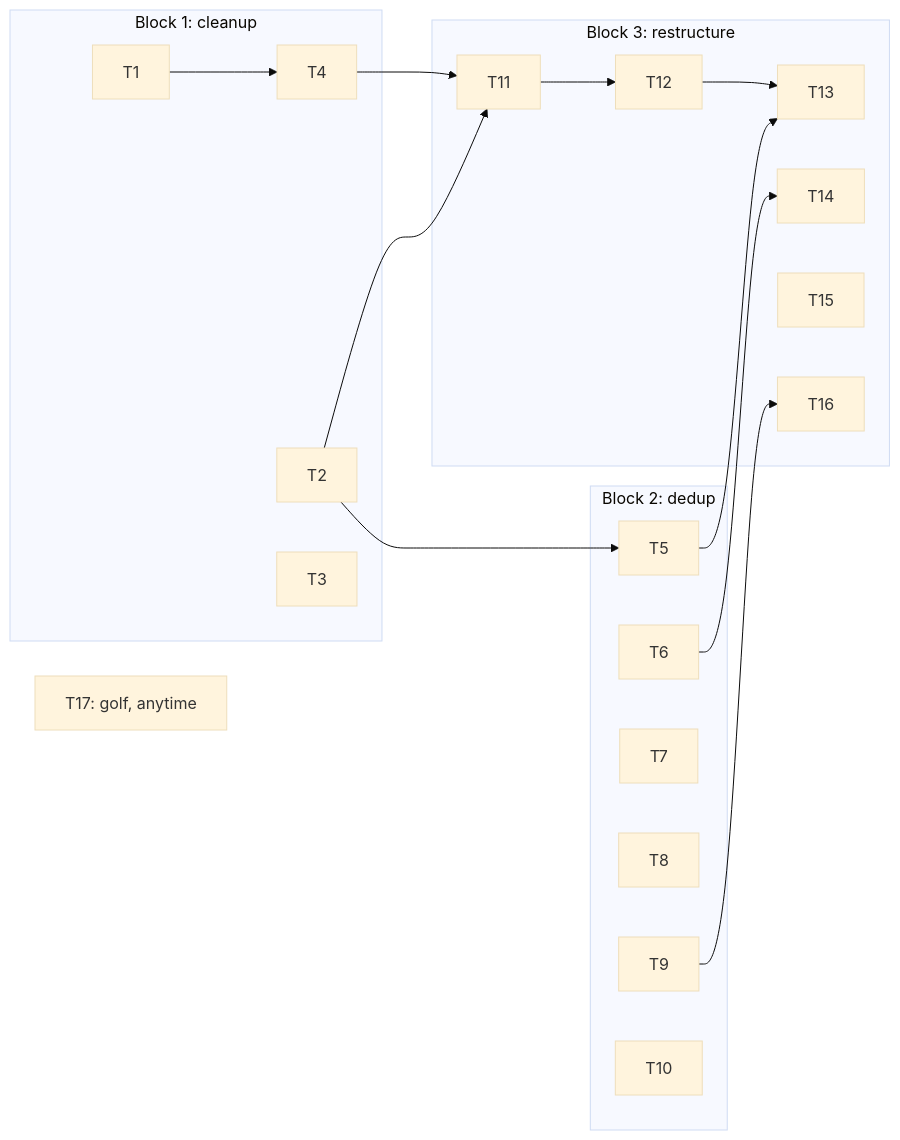
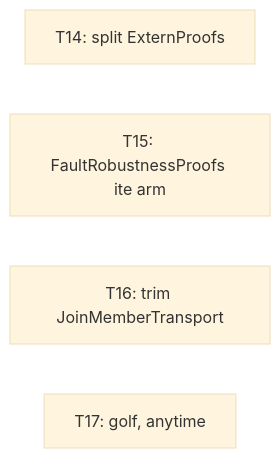
The diagram in doc/refactor.md (vzaliva/poison-lang), drawn with Mermaid (base theme) before and after one commit. The commit also changed other lines of this file and 7 other files, not shown here.

````diff
--- a/doc/refactor.md
+++ b/doc/refactor.md
@@ -102,29 +86,7 @@
 ```mermaid
 graph LR
-  subgraph Block1[Block 1: cleanup]
-    T1 --> T4
-    T2
-    T3
-  end
-  subgraph Block2[Block 2: dedup]
-    T5
-    T6
-    T7
-    T8
-    T9
-    T10
-  end
-  subgraph Block3[Block 3: restructure]
-    T11 --> T12 --> T13
-    T14
-    T15
-    T16
-  end
-  T2 --> T5
-  T2 --> T11
-  T4 --> T11
-  T5 --> T13
-  T6 --> T14
-  T9 --> T16
+  T14[T14: split ExternProofs]
+  T15[T15: FaultRobustnessProofs ite arm]
+  T16[T16: trim JoinMemberTransport]
   T17[T17: golf, anytime]
 ```
````
